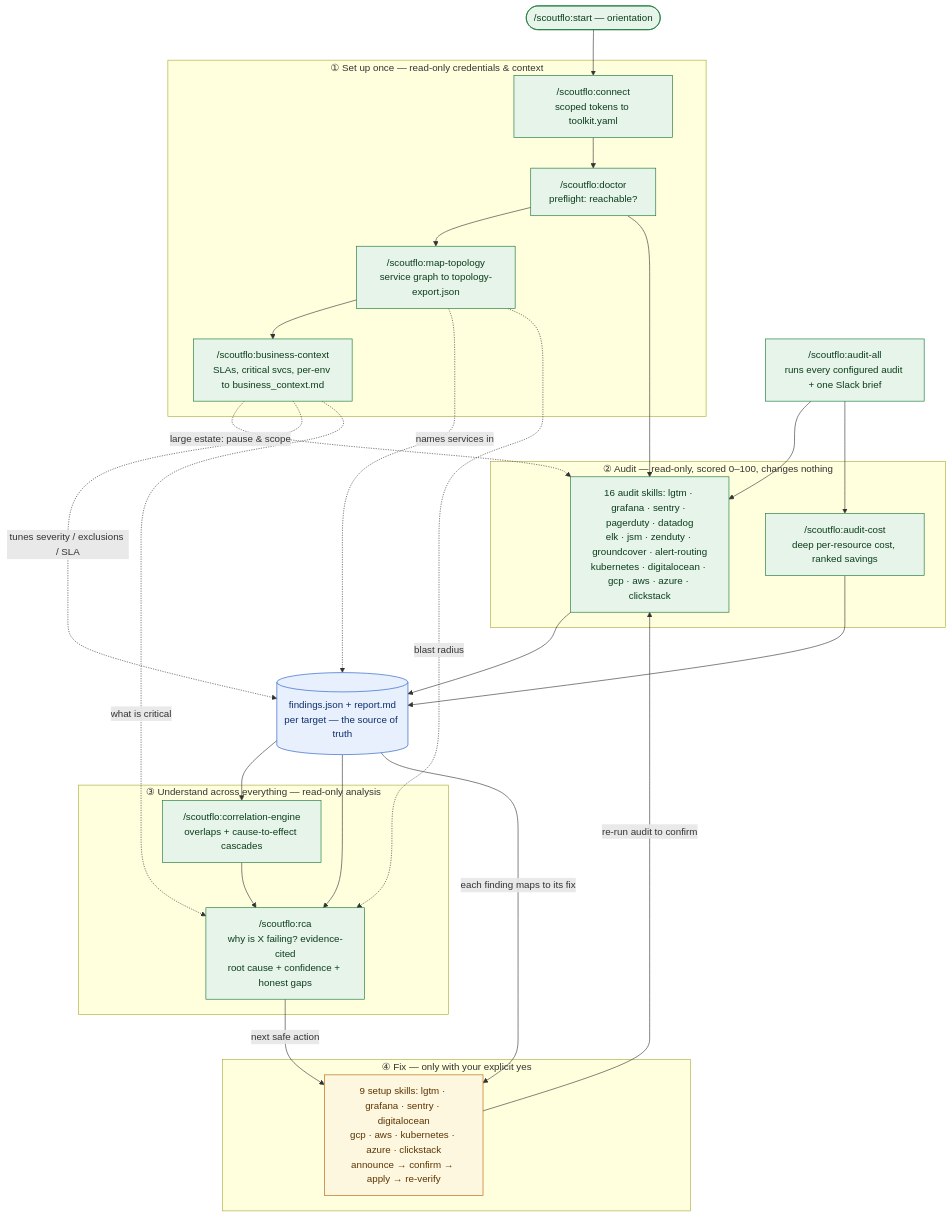
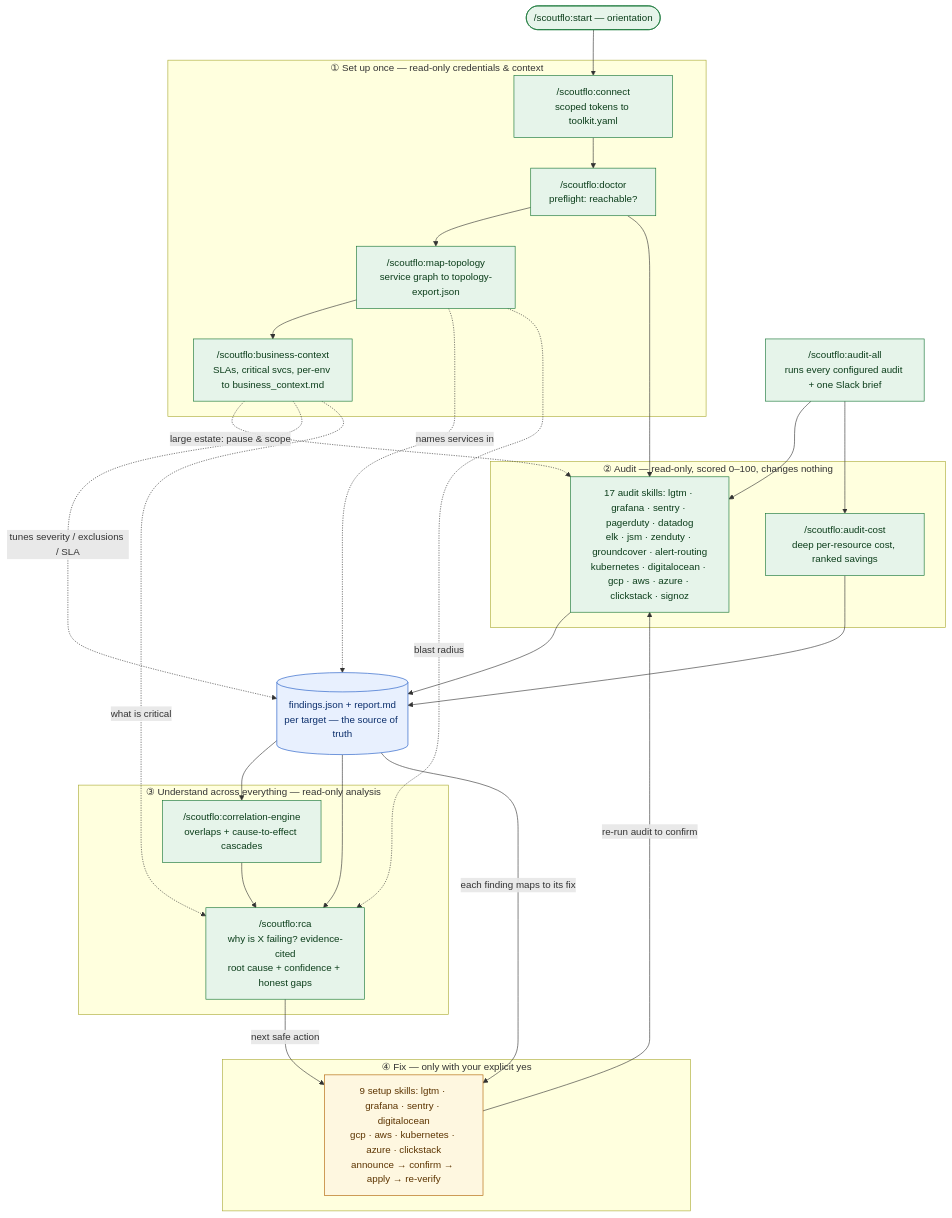
The diagram in README.md (Scoutflo/ai-readiness), drawn with Mermaid before and after one commit. The commit also changed other lines of this file and 11 other files, not shown here.

First line of the commit message:
v0.1.139: new integration audit-signoz (17th audit), deployed + live-verified

````diff
--- a/README.md
+++ b/README.md
@@ -16,54 +16,54 @@
 ```mermaid
 flowchart TD
     start(["/scoutflo:start — orientation"])
 
     subgraph SETUP["① Set up once — read-only credentials & context"]
         connect["/scoutflo:connect<br/>scoped tokens to toolkit.yaml"]
         doctor["/scoutflo:doctor<br/>preflight: reachable?"]
         topo["/scoutflo:map-topology<br/>service graph to topology-export.json"]
         bctx["/scoutflo:business-context<br/>SLAs, critical svcs, per-env to business_context.md"]
     end
 
     subgraph AUDIT["② Audit — read-only, scored 0–100, changes nothing"]
-        aud["16 audit skills: lgtm · grafana · sentry · pagerduty · datadog<br/>elk · jsm · zenduty · groundcover · alert-routing<br/>kubernetes · digitalocean · gcp · aws · azure · clickstack"]
+        aud["17 audit skills: lgtm · grafana · sentry · pagerduty · datadog<br/>elk · jsm · zenduty · groundcover · alert-routing<br/>kubernetes · digitalocean · gcp · aws · azure · clickstack · signoz"]
         cost["/scoutflo:audit-cost<br/>deep per-resource cost, ranked savings"]
     end
 
     all["/scoutflo:audit-all<br/>runs every configured audit + one Slack brief"]
     findings[("findings.json + report.md<br/>per target — the source of truth")]
 
     subgraph CORRELATE["③ Understand across everything — read-only analysis"]
         corr["/scoutflo:correlation-engine<br/>overlaps + cause-to-effect cascades"]
         rca["/scoutflo:rca<br/>why is X failing? evidence-cited<br/>root cause + confidence + honest gaps"]
     end
 
     subgraph FIX["④ Fix — only with your explicit yes"]
         setup["9 setup skills: lgtm · grafana · sentry · digitalocean<br/>gcp · aws · kubernetes · azure · clickstack<br/>announce → confirm → apply → re-verify"]
     end
 
     start --> connect --> doctor
     doctor --> topo --> bctx
     bctx -.->|large estate: pause & scope| aud
     doctor --> aud
     aud --> findings
     cost --> findings
     all --> aud
     all --> cost
     topo -. names services in .-> findings
     bctx -. tunes severity / exclusions / SLA .-> findings
     findings --> corr
     corr --> rca
     topo -. blast radius .-> rca
     bctx -. what is critical .-> rca
     findings --> rca
     rca -->|next safe action| setup
     findings -->|each finding maps to its fix| setup
     setup -->|re-run audit to confirm| aud
 
     classDef ro fill:#e6f4ea,stroke:#137333,color:#0b3d1a;
     classDef write fill:#fef7e0,stroke:#b06000,color:#5c3400;
     classDef data fill:#e8f0fe,stroke:#1a56c4,color:#0b2e6b;
     class start,connect,doctor,topo,bctx,aud,cost,all,corr,rca ro;
     class setup write;
     class findings data;
 ```
````
